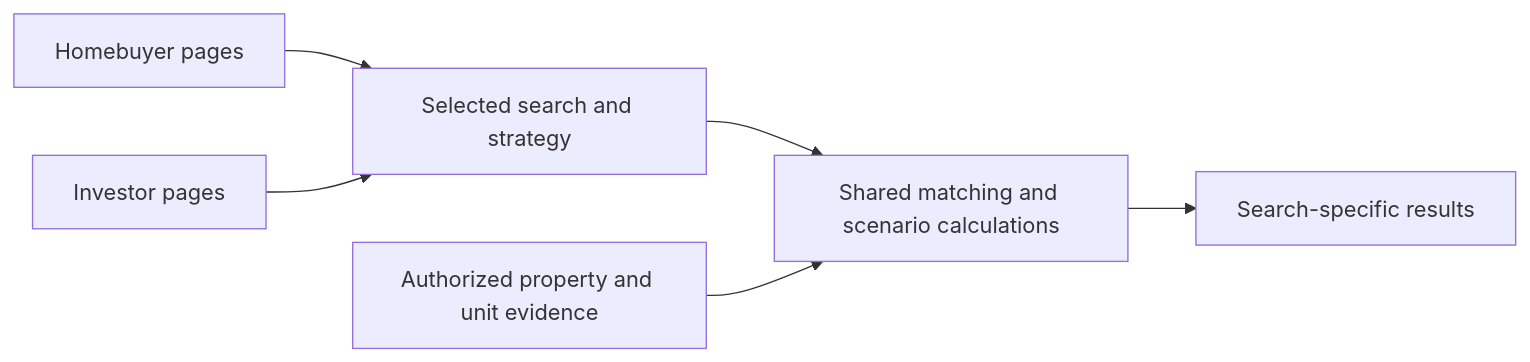
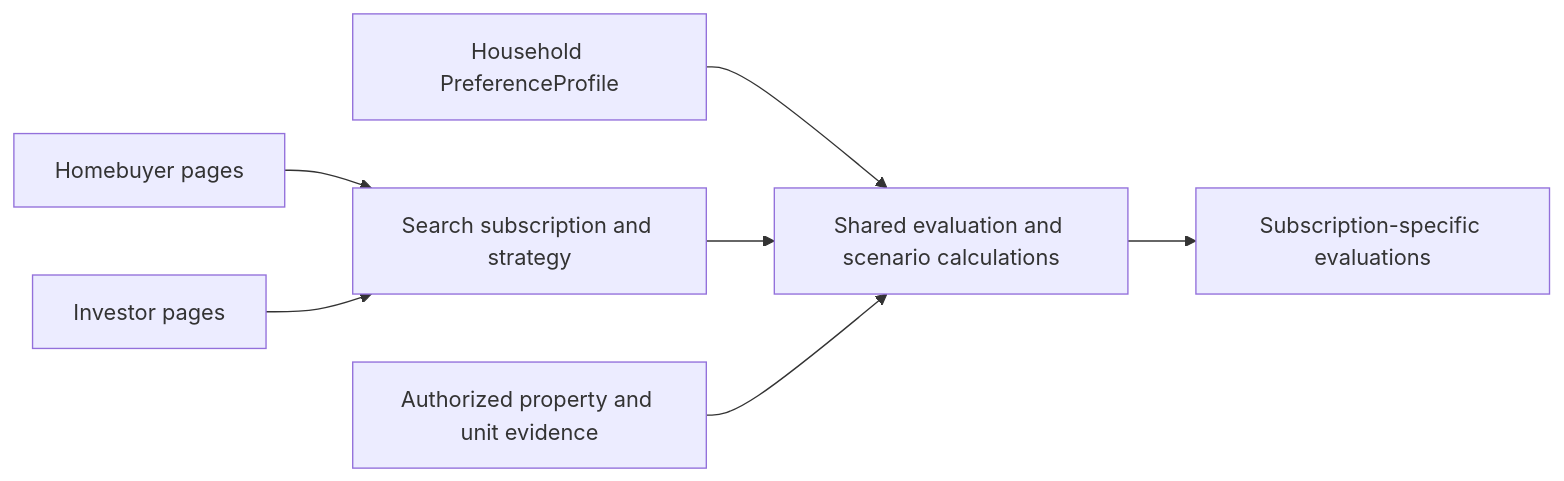
One commit to robsgreen/property-focus changed the second of 29 diagrams in specs/property-focus/master-plan.md. Above: the diagram before and after it, drawn with Mermaid. The commit also changed other lines of this file, not shown here.

````diff
--- a/specs/property-focus/master-plan.md
+++ b/specs/property-focus/master-plan.md
@@ -44,8 +51,9 @@
 ```mermaid
 flowchart LR
-    H[Homebuyer pages] --> S[Selected search and strategy]
+    H[Homebuyer pages] --> S[Search subscription and strategy]
     I[Investor pages] --> S
-    S --> M[Shared matching and scenario calculations]
+    P[Household PreferenceProfile] --> M[Shared evaluation and scenario calculations]
+    S --> M
     E[Authorized property and unit evidence] --> M
-    M --> R[Search-specific results]
+    M --> R[Subscription-specific evaluations]
 ```
````
